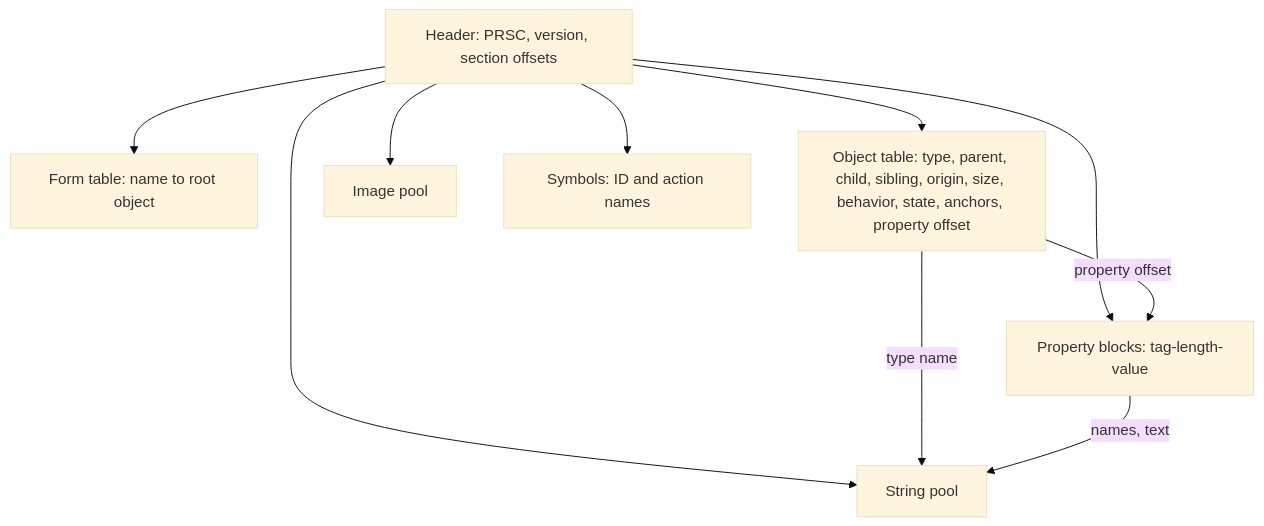
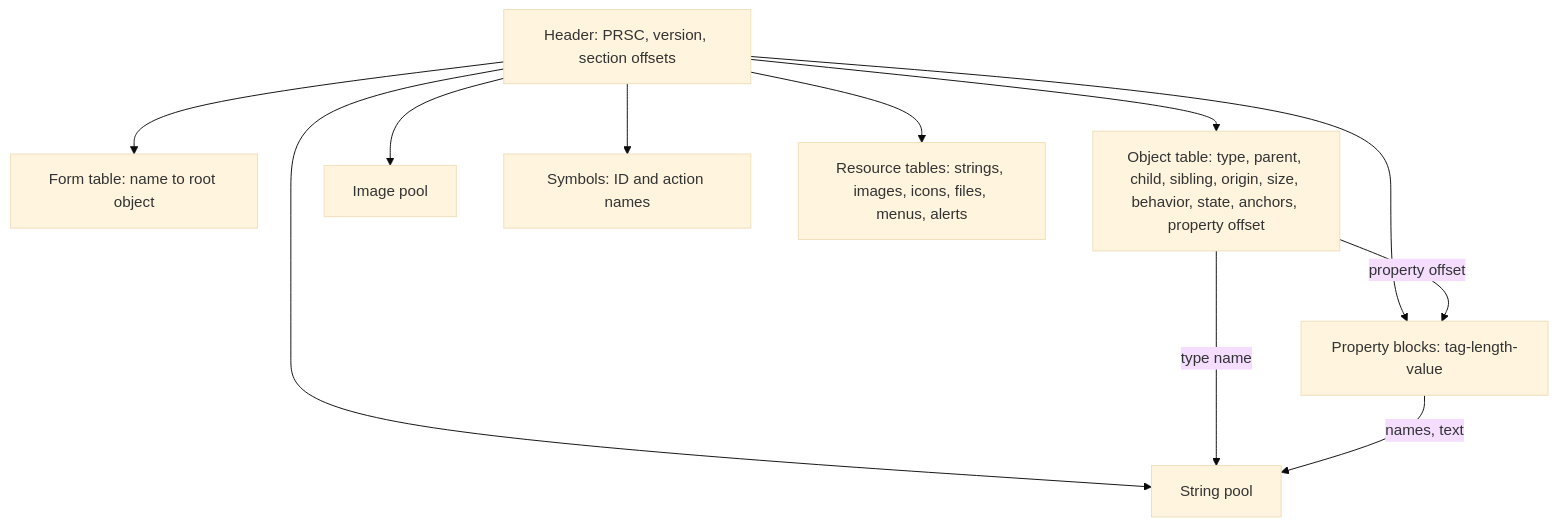
One commit to KenSuenobu/rust-pushrod changed the first of 2 diagrams in pushrod-docs/docs/forms/form-file-format.md. Above: the diagram before and after it, drawn with Mermaid (base theme). The commit also changed other lines of this file and 13 other files, not shown here.

Commit message:
Fix #154 - Resource kinds: strings, images, icons, files, menus, and alerts

````diff
--- a/pushrod-docs/docs/forms/form-file-format.md
+++ b/pushrod-docs/docs/forms/form-file-format.md
@@ -11,12 +11,13 @@
 ```mermaid
 flowchart TB
     H["Header: PRSC, version, section offsets"] --> F["Form table: name to root object"]
     H --> O["Object table: type, parent, child, sibling, origin, size, behavior, state, anchors, property offset"]
     H --> P["Property blocks: tag-length-value"]
     H --> S["String pool"]
     H --> I["Image pool"]
     H --> Y["Symbols: ID and action names"]
+    H --> R["Resource tables: strings, images, icons, files, menus, alerts"]
     O -->|"property offset"| P
     O -->|"type name"| S
     P -->|"names, text"| S
 ```
````
